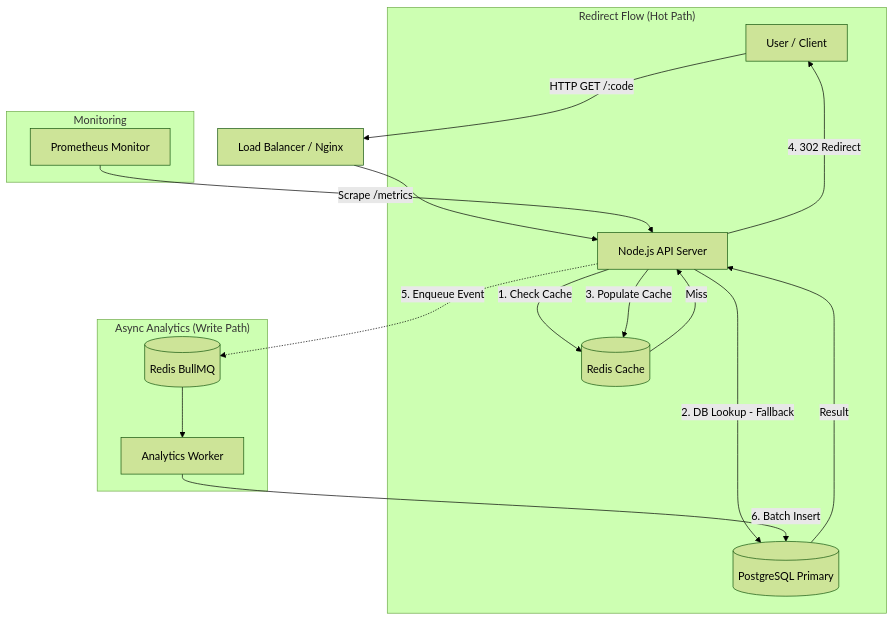
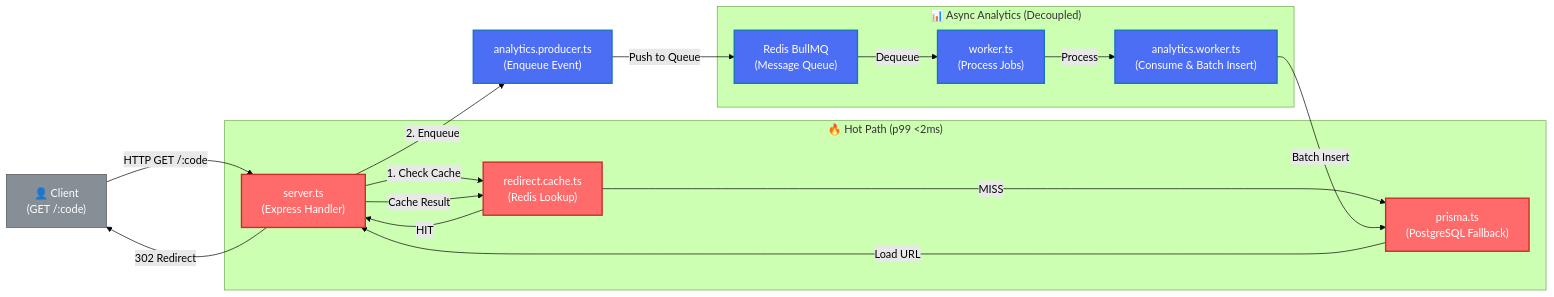
One commit to pulkitagg17/Shorty changed the diagram in README.md. Above: the diagram before and after it, drawn with Mermaid (forest theme). The commit also changed other lines of this file and 4 other files, not shown here.

````diff
--- a/README.md
+++ b/README.md
@@ -7,33 +9,40 @@
 ```mermaid
-graph TD
-    Client[User / Client]
-    LB[Load Balancer / Nginx]
-    Server[Node.js API Server]
-    RedisCache[(Redis Cache)]
-    RedisQueue[(Redis BullMQ)]
-    Worker[Analytics Worker]
-    DB[(PostgreSQL Primary)]
-    Prometheus[Prometheus Monitor]
-
-    Client -->|HTTP GET /:code| LB
-    LB --> Server
-
-    subgraph "Redirect Flow (Hot Path)"
-        Server -->|1. Check Cache| RedisCache
-        RedisCache -->|Miss| Server
-        Server -->|2. DB Lookup - Fallback| DB
-        DB -->|Result| Server
-        Server -->|3. Populate Cache| RedisCache
-        Server -->|4. 302 Redirect| Client
+flowchart LR
+    Client["👤 Client<br/>(GET /:code)"]
+    Server["server.ts<br/>(Express Handler)"]
+    CacheLayer["redirect.cache.ts<br/>(Redis Lookup)"]
+    DBLayer["prisma.ts<br/>(PostgreSQL Fallback)"]
+    AnalyticsProducer["analytics.producer.ts<br/>(Enqueue Event)"]
+    Queue["Redis BullMQ<br/>(Message Queue)"]
+    Worker["worker.ts<br/>(Process Jobs)"]
+    AnalyticsWorker["analytics.worker.ts<br/>(Consume & Batch Insert)"]
+    
+    Client -->|HTTP GET /:code| Server
+    
+    subgraph "🔥 Hot Path (p99 <2ms)"
+        Server -->|1. Check Cache| CacheLayer
+        CacheLayer -->|HIT| Server
+        CacheLayer -->|MISS| DBLayer
+        DBLayer -->|Load URL| Server
+        Server -->|Cache Result| CacheLayer
     end
-
-    subgraph "Async Analytics (Write Path)"
-        Server -.->|5. Enqueue Event| RedisQueue
-        RedisQueue --> Worker
-        Worker -->|6. Batch Insert| DB
+    
+    Server -->|2. Enqueue| AnalyticsProducer
+    AnalyticsProducer -->|Push to Queue| Queue
+    
+    subgraph "📊 Async Analytics (Decoupled)"
+        Queue -->|Dequeue| Worker
+        Worker -->|Process| AnalyticsWorker
+        AnalyticsWorker -->|Batch Insert| DBLayer
     end
-
-    subgraph "Monitoring"
-        Prometheus --> |Scrape /metrics| Server
-    end
+    
+    Server -->|302 Redirect| Client
+    
+    classDef hotPath fill:#ff6b6b,stroke:#c92a2a,color:#fff,stroke-width:2px
+    classDef async fill:#4c6ef5,stroke:#1971c2,color:#fff,stroke-width:2px
+    classDef external fill:#868e96,stroke:#495057,color:#fff
+    
+    class CacheLayer,DBLayer,Server hotPath
+    class Queue,Worker,AnalyticsWorker,AnalyticsProducer async
+    class Client external
 ```
````
